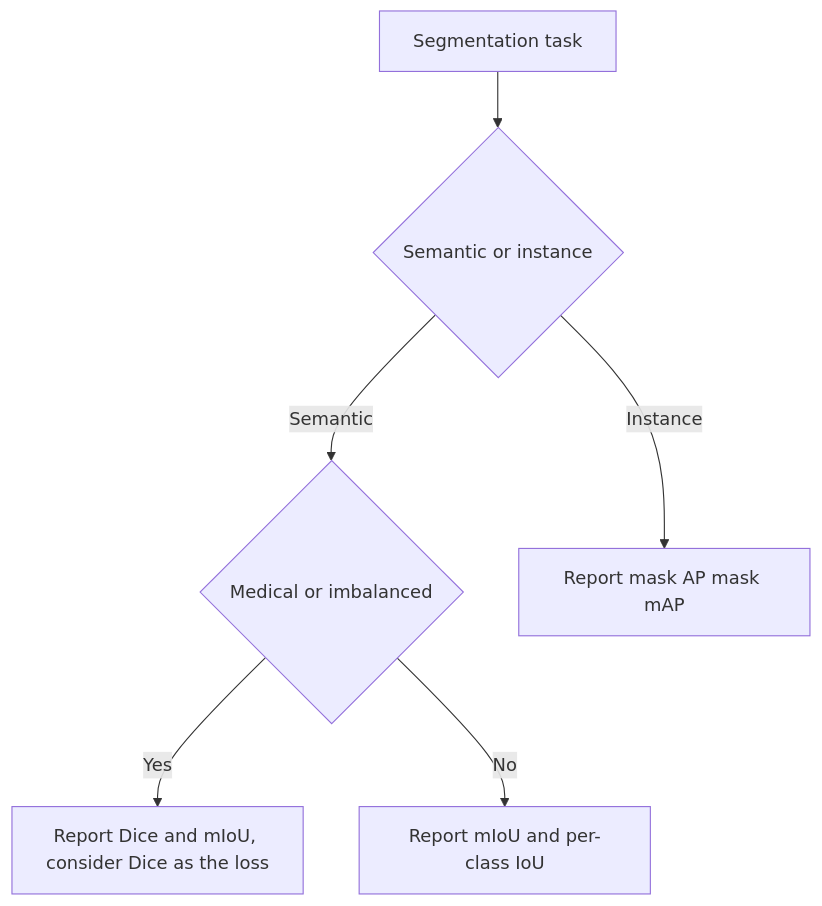
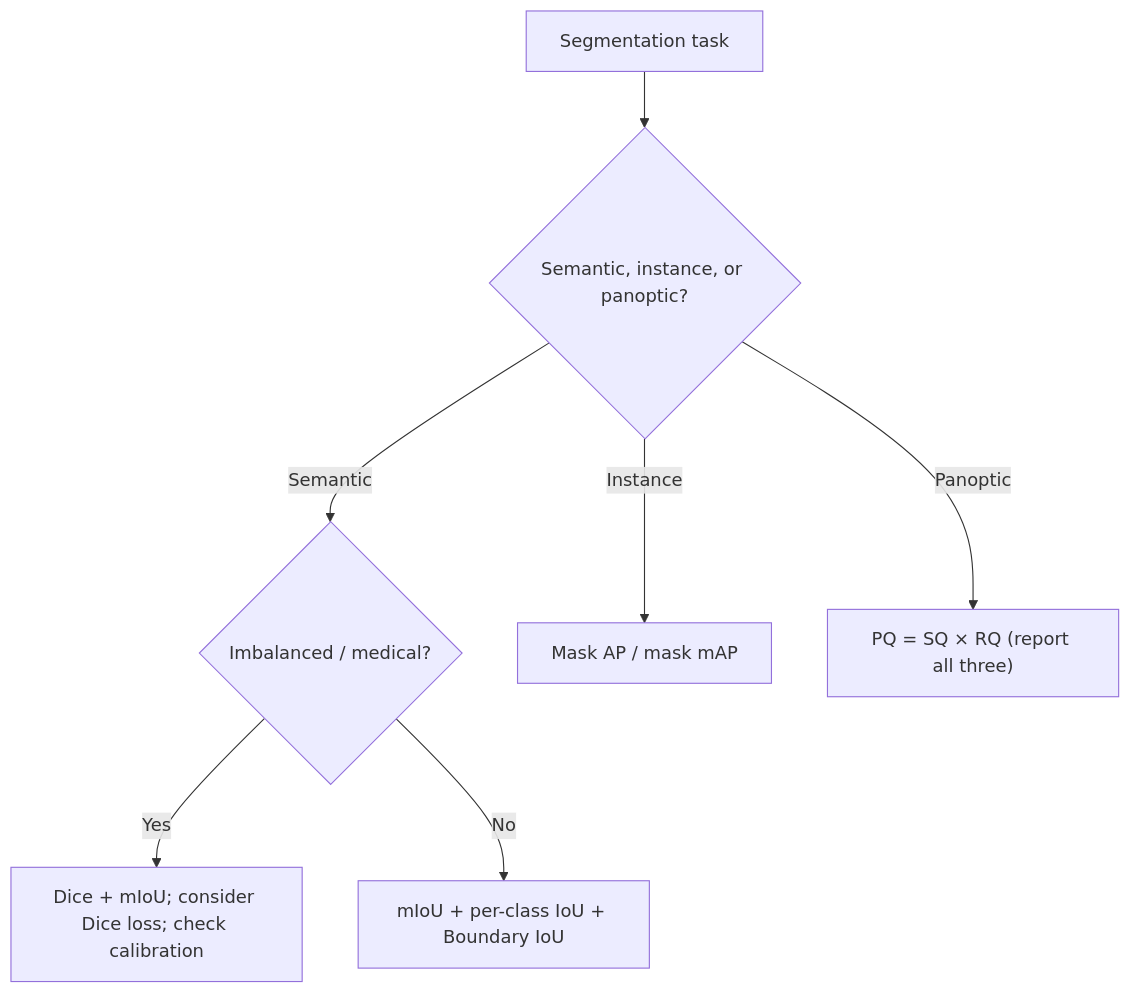
The diagram in curriculum/week-07-semantic-and-instance-segmentation/lecture-notes/03-segmentation-metrics.md (CODECRUNCHWORLDWIDE/C56-CRUNCH-VISION), drawn with Mermaid before and after one commit. The commit also changed other lines of this file and 254 other files, not shown here.

Commit message:
docs: add diagrams + sync content from curriculum source

````diff
--- a/curriculum/week-07-semantic-and-instance-segmentation/lecture-notes/03-segmentation-metrics.md
+++ b/curriculum/week-07-semantic-and-instance-segmentation/lecture-notes/03-segmentation-metrics.md
@@ -42,8 +83,9 @@
 ```mermaid
 flowchart TD
-  A["Segmentation task"] --> B{"Semantic or instance"}
-  B -- Semantic --> C{"Medical or imbalanced"}
-  C -- Yes --> D["Report Dice and mIoU, consider Dice as the loss"]
-  C -- No --> E["Report mIoU and per-class IoU"]
-  B -- Instance --> F["Report mask AP mask mAP"]
+  A["Segmentation task"] --> B{"Semantic, instance, or panoptic?"}
+  B -- Semantic --> C{"Imbalanced / medical?"}
+  C -- Yes --> D["Dice + mIoU; consider Dice loss; check calibration"]
+  C -- No --> E["mIoU + per-class IoU + Boundary IoU"]
+  B -- Instance --> F["Mask AP / mask mAP"]
+  B -- Panoptic --> G["PQ = SQ × RQ (report all three)"]
 ```
````
